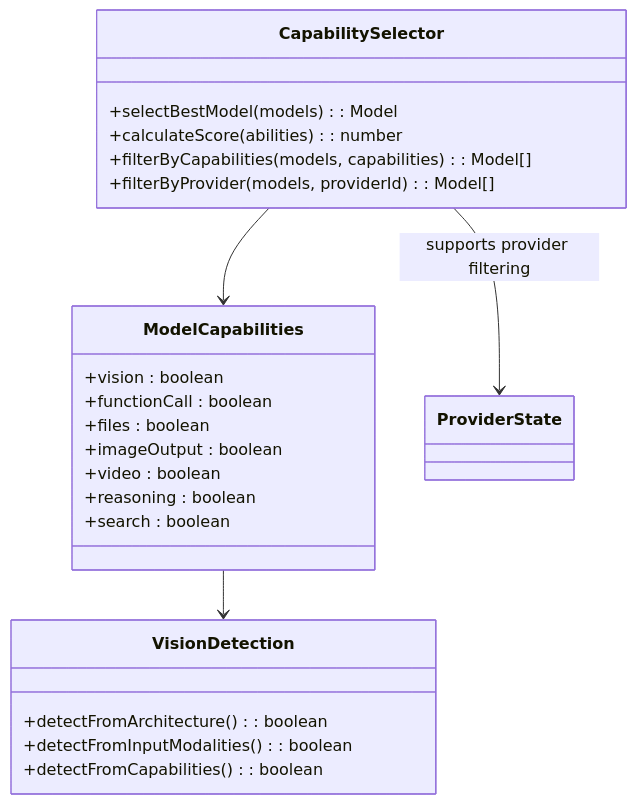
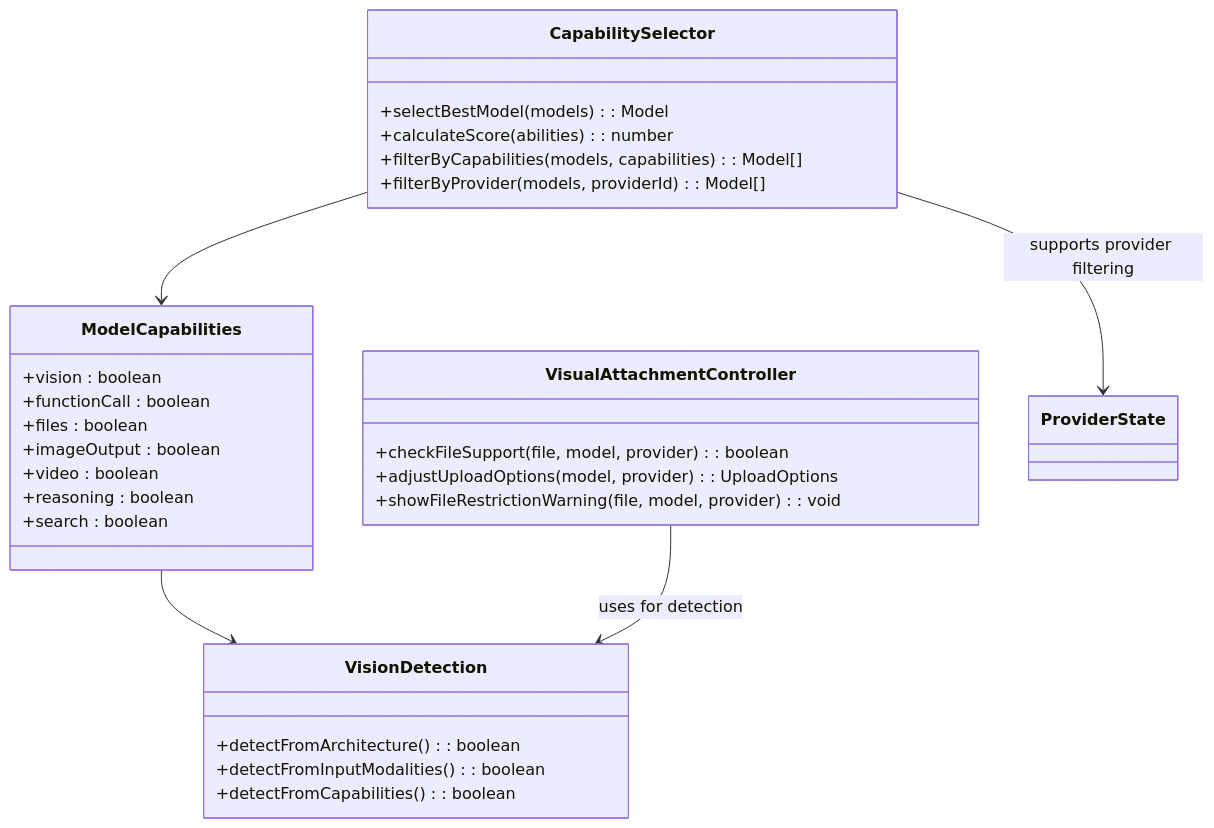
Diagram 18 of 19 in .qoder/repowiki/zh/content/核心功能模块/模型选择器增强.md (AvatoLabs/avato), drawn with Mermaid before and after one commit. The commit also changed other lines of this file and 50 other files, not shown here.

````diff
--- a/.qoder/repowiki/zh/content/核心功能模块/模型选择器增强.md
+++ b/.qoder/repowiki/zh/content/核心功能模块/模型选择器增强.md
@@ -471,26 +776,32 @@
 ```mermaid
 classDiagram
 class ModelCapabilities {
 +vision : boolean
 +functionCall : boolean
 +files : boolean
 +imageOutput : boolean
 +video : boolean
 +reasoning : boolean
 +search : boolean
 }
 class VisionDetection {
 +detectFromArchitecture() : boolean
 +detectFromInputModalities() : boolean
 +detectFromCapabilities() : boolean
 }
 class CapabilitySelector {
 +selectBestModel(models) : Model
 +calculateScore(abilities) : number
 +filterByCapabilities(models, capabilities) : Model[]
 +filterByProvider(models, providerId) : Model[]
 }
+class VisualAttachmentController {
++checkFileSupport(file, model, provider) : boolean
++adjustUploadOptions(model, provider) : UploadOptions
++showFileRestrictionWarning(file, model, provider) : void
+}
 ModelCapabilities --> VisionDetection
 CapabilitySelector --> ModelCapabilities
 CapabilitySelector --> ProviderState : supports provider filtering
+VisualAttachmentController --> VisionDetection : uses for detection
 ```
````
